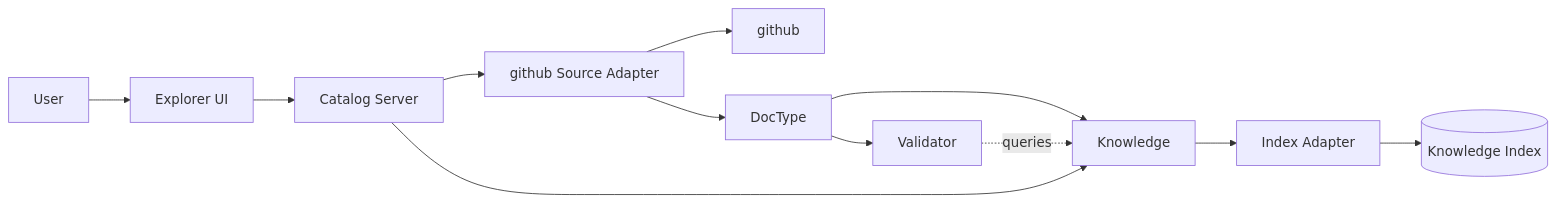
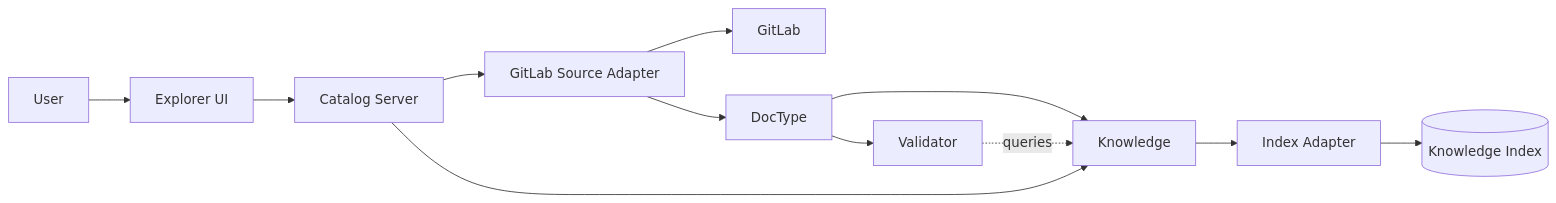
One commit to humaki4/dokkurator changed the first of 2 diagrams in docs/architecture/catalog-server.md. Above: the diagram before and after it, drawn with Mermaid. The commit also changed other lines of this file and 31 other files, not shown here.

````diff
--- a/docs/architecture/catalog-server.md
+++ b/docs/architecture/catalog-server.md
@@ -66,33 +70,33 @@
 ```mermaid
 flowchart LR
     User["User"]
     Explorer["Explorer UI"]
     Catalog["Catalog Server"]
 
-    github["github"]
-    Source["github Source Adapter"]
+    GitLab["GitLab"]
+    Source["GitLab Source Adapter"]
 
     DocType["DocType"]
     Validator["Validator"]
     Knowledge["Knowledge"]
 
     Index["Index Adapter"]
     DB[("Knowledge Index")]
 
     User --> Explorer
     Explorer --> Catalog
 
     Catalog --> Source
-    Source --> github
+    Source --> GitLab
 
     Source --> DocType
     DocType --> Validator
     DocType --> Knowledge
 
     Validator -. queries .-> Knowledge
 
     Knowledge --> Index
     Index --> DB
 
     Catalog --> Knowledge
 ```
````
